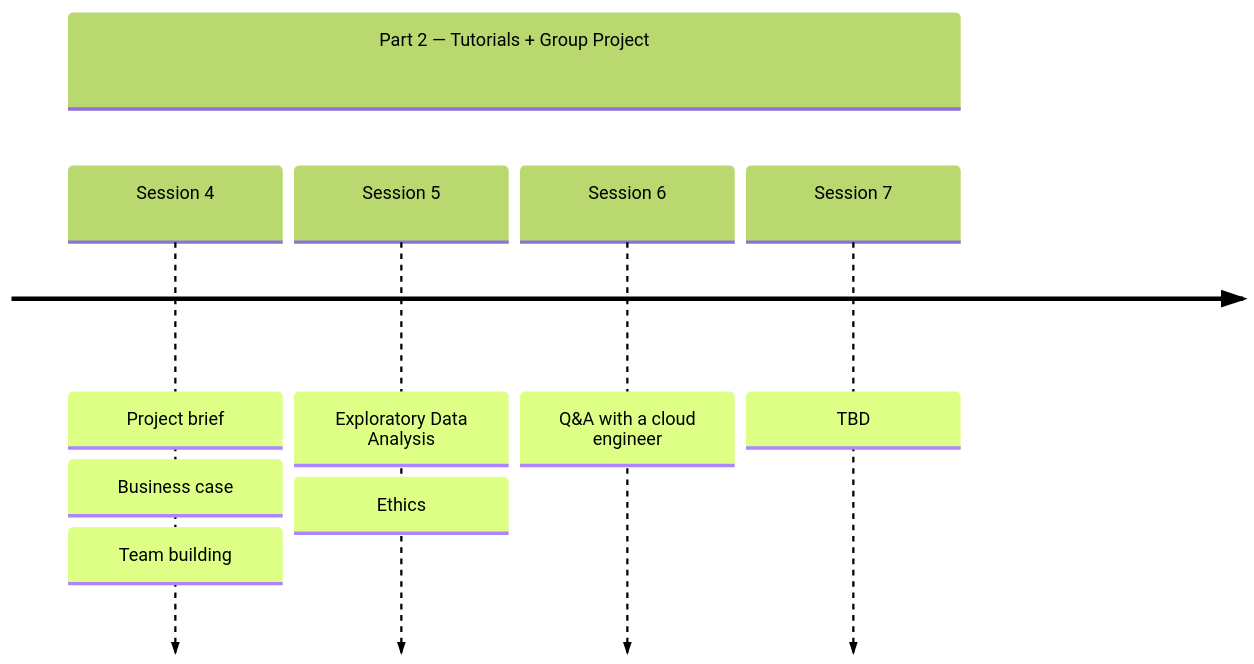
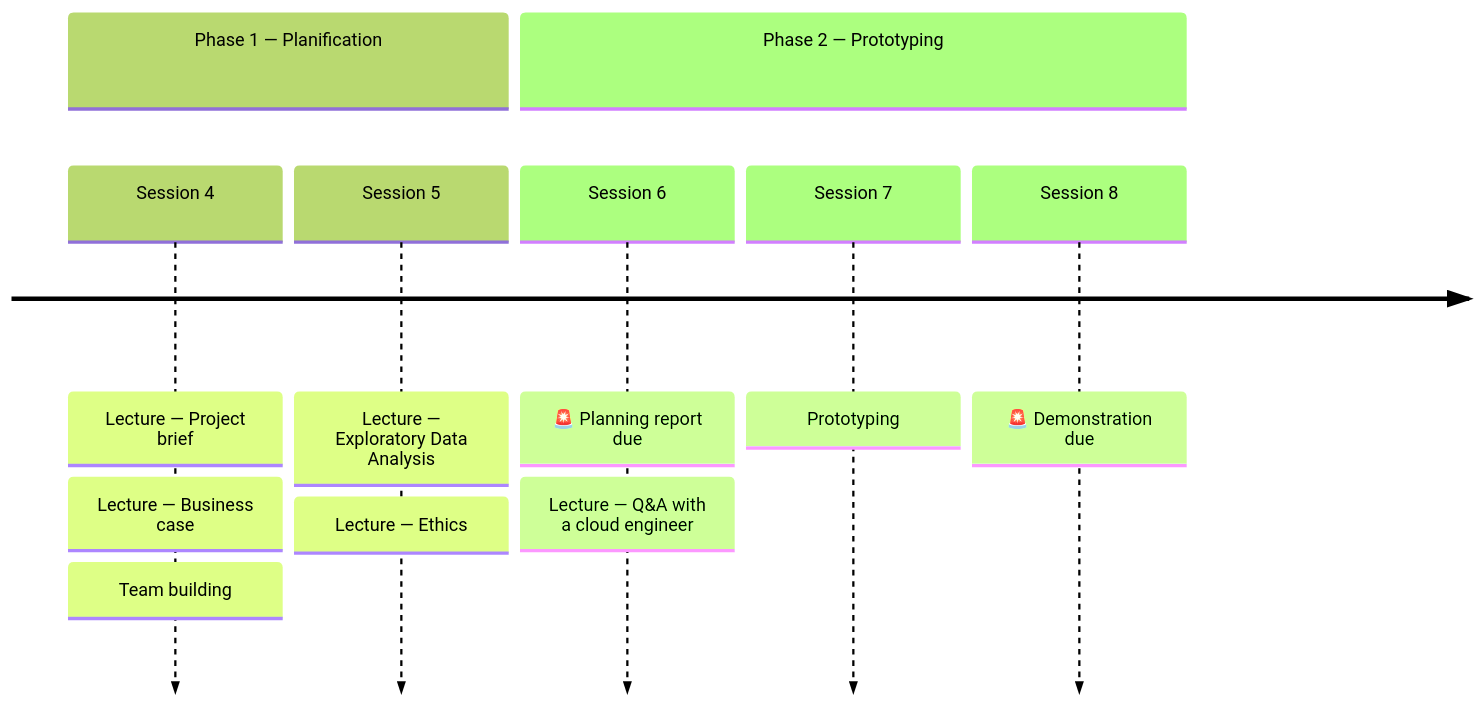
Before and after one commit to David-GERARD/iot-button-system: the second of 2 diagrams in docs/home/index.md, drawn with Mermaid (forest theme). The commit also changed other lines of this file and 1 other file, not shown here.

First line of the commit message:
docs: flesh out group project brief and sync home timeline

````diff
--- a/docs/home/index.md
+++ b/docs/home/index.md
@@ -36,8 +36,10 @@
 ```mermaid
 timeline
-    section Part 2 — Tutorials + Group Project
-        Session 4 : Project brief : Business case : Team building
-        Session 5 : Exploratory Data Analysis : Ethics
-        Session 6 : Q&A with a cloud engineer
-        Session 7 : TBD
+        section Phase 1 — Planification
+            Session 4 : Lecture — Project brief : Lecture — Business case : Team building
+            Session 5 : Lecture — Exploratory Data Analysis : Lecture — Ethics 
+        section Phase 2 — Prototyping
+            Session 6 :  🚨 Planning report due : Lecture — Q&A with a cloud engineer
+            Session 7 : Prototyping
+            Session 8 : 🚨 Demonstration due
 ```
````
